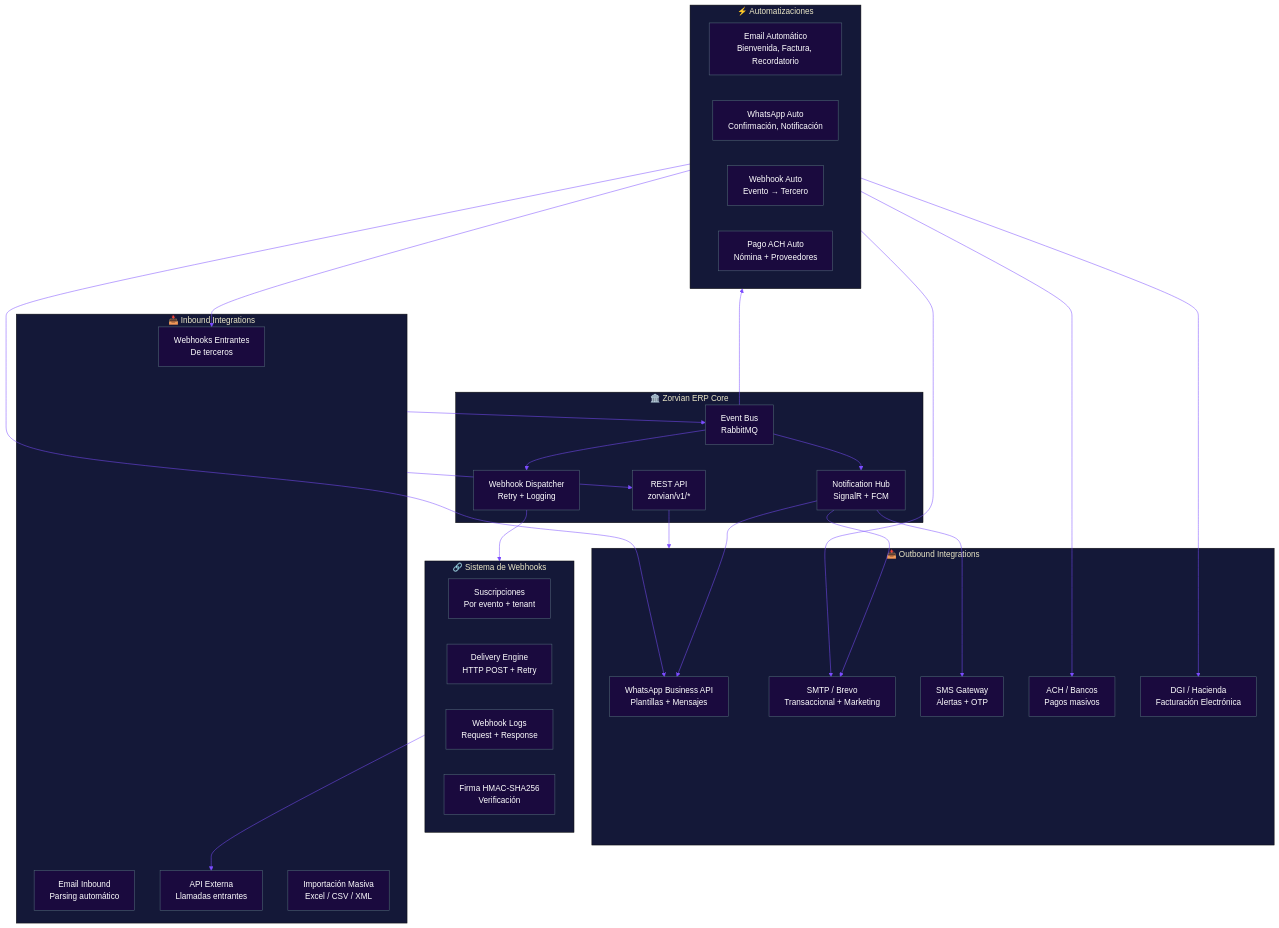
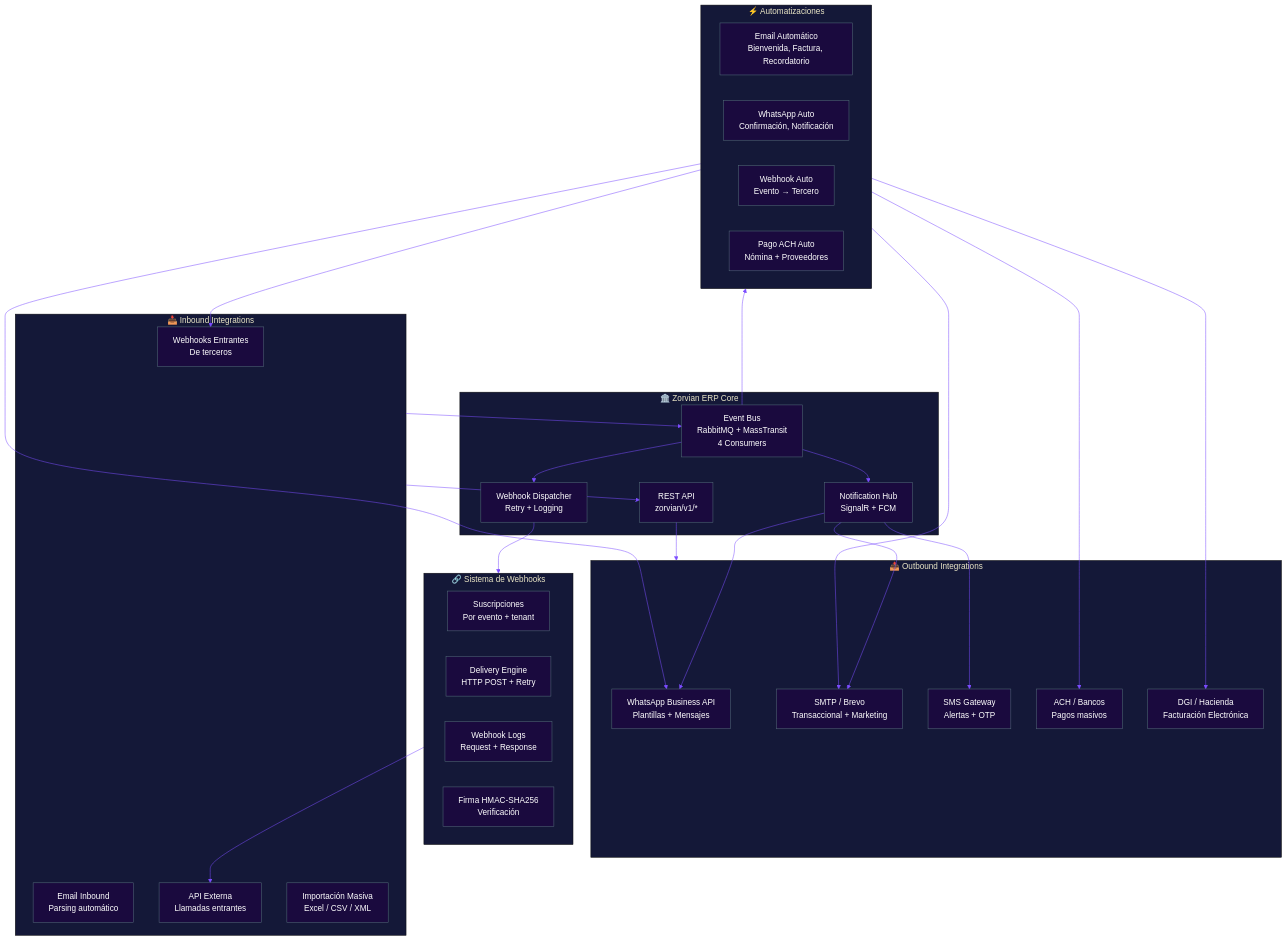
One commit to AllSystem23/zorvian changed the first of 2 diagrams in docs/diagrams/integrations_architecture.md. Above: the diagram before and after it, drawn with Mermaid. The commit also changed 52 other files, not shown here.

````diff
--- a/docs/diagrams/integrations_architecture.md
+++ b/docs/diagrams/integrations_architecture.md
@@ -7,62 +7,62 @@
 ```mermaid
 %%{init: {'theme': 'base', 'themeVariables': { 'primaryColor': '#1A0A3E', 'primaryTextColor': '#fff', 'primaryBorderColor': '#546E7A', 'lineColor': '#7C4DFF', 'secondaryColor': '#2D1B69', 'tertiaryColor': '#141838'}}}%%
 
 graph TB
   subgraph ERP["🏛️ Zorvian ERP Core"]
-    EVENTS["Event Bus<br/>RabbitMQ"]
+    EVENTS["Event Bus<br/>RabbitMQ + MassTransit<br/>4 Consumers"]
     API["REST API<br/>zorvian/v1/*"]
     WH_SVC["Webhook Dispatcher<br/>Retry + Logging"]
     NOTIF["Notification Hub<br/>SignalR + FCM"]
   end
 
   subgraph Outbound["📤 Outbound Integrations"]
     WHATSAPP["WhatsApp Business API<br/>Plantillas + Mensajes"]
     EMAIL["SMTP / Brevo<br/>Transaccional + Marketing"]
     SMS["SMS Gateway<br/>Alertas + OTP"]
     ACH["ACH / Bancos<br/>Pagos masivos"]
     DGI["DGI / Hacienda<br/>Facturación Electrónica"]
   end
 
   subgraph Inbound["📥 Inbound Integrations"]
     WH_IN["Webhooks Entrantes<br/>De terceros"]
     EMAIL_IN["Email Inbound<br/>Parsing automático"]
     API_EXT["API Externa<br/>Llamadas entrantes"]
     IMPORT["Importación Masiva<br/>Excel / CSV / XML"]
   end
 
   subgraph WebhookSystem["🔗 Sistema de Webhooks"]
     SUB["Suscripciones<br/>Por evento + tenant"]
     DELIVERY["Delivery Engine<br/>HTTP POST + Retry"]
     LOG["Webhook Logs<br/>Request + Response"]
     SECRET["Firma HMAC-SHA256<br/>Verificación"]
   end
 
   subgraph Automation["⚡ Automatizaciones"]
     AUTO_EMAIL["Email Automático<br/>Bienvenida, Factura, Recordatorio"]
     AUTO_WA["WhatsApp Auto<br/>Confirmación, Notificación"]
     AUTO_WH["Webhook Auto<br/>Evento → Tercero"]
     AUTO_ACH["Pago ACH Auto<br/>Nómina + Proveedores"]
   end
 
   %% Flujo
   EVENTS --> NOTIF
   EVENTS --> WH_SVC
   EVENTS --> Automation
 
   API --> Outbound
   WH_SVC --> WebhookSystem
   WebhookSystem --> API_EXT
 
   Inbound --> API
   Inbound --> EVENTS
 
   Automation --> WHATSAPP
   Automation --> EMAIL
   Automation --> WH_IN
   Automation --> ACH
   Automation --> DGI
   
   NOTIF --> EMAIL
   NOTIF --> WHATSAPP
   NOTIF --> SMS
 ```
````
